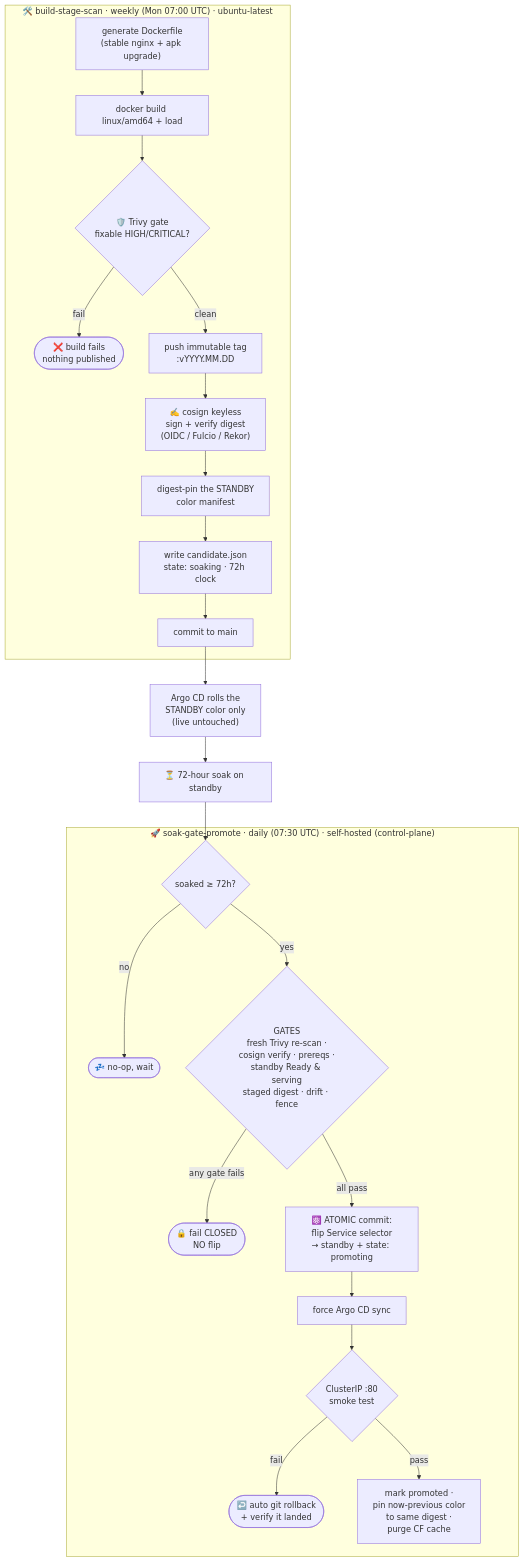
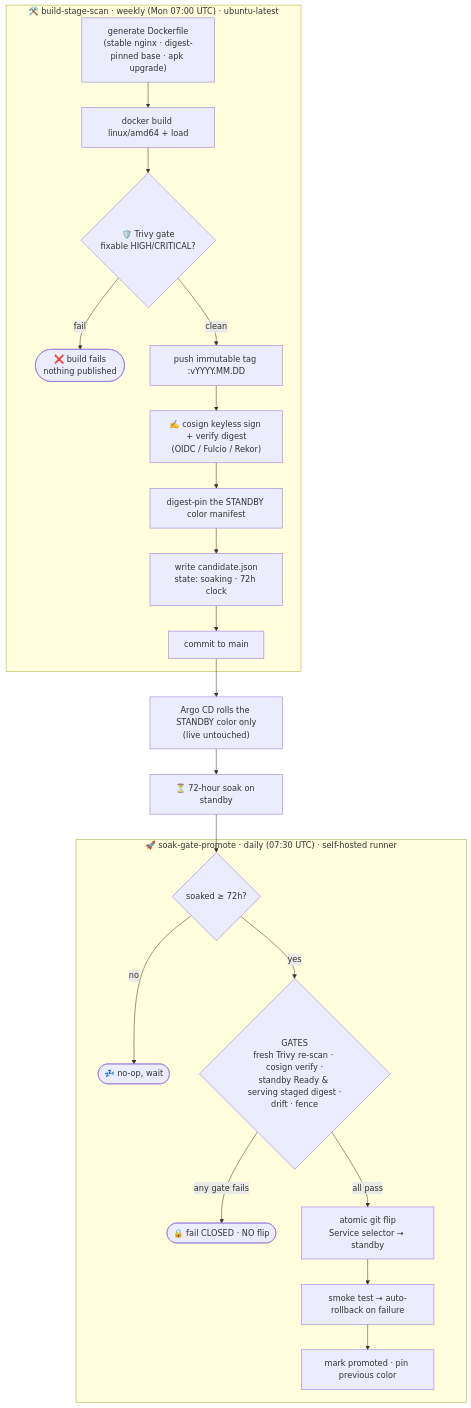
The diagram in README.md (gregheffner/cicd), drawn with Mermaid before and after one commit. The commit also changed other lines of this file and 1 other file, not shown here.

````diff
--- a/README.md
+++ b/README.md
@@ -83,30 +86,25 @@
 ```mermaid
 flowchart TD
     subgraph WEEKLY["🛠️ build-stage-scan · weekly (Mon 07:00 UTC) · ubuntu-latest"]
-        A["generate Dockerfile<br/>(stable nginx + apk upgrade)"] --> B["docker build linux/amd64 + load"]
+        A["generate Dockerfile<br/>(stable nginx · digest-pinned base · apk upgrade)"] --> B["docker build linux/amd64 + load"]
         B --> C{"🛡️ Trivy gate<br/>fixable HIGH/CRITICAL?"}
         C -- fail --> CX(["❌ build fails<br/>nothing published"])
-        C -- clean --> D["push immutable tag<br/>:vYYYY.MM.DD"]
-        D --> E["✍️ cosign keyless<br/>sign + verify digest<br/>(OIDC / Fulcio / Rekor)"]
-        E --> F["digest-pin the STANDBY<br/>color manifest"]
+        C -- clean --> D["push immutable tag :vYYYY.MM.DD"]
+        D --> E["✍️ cosign keyless sign + verify digest<br/>(OIDC / Fulcio / Rekor)"]
+        E --> F["digest-pin the STANDBY color manifest"]
         F --> G["write candidate.json<br/>state: soaking · 72h clock"]
         G --> H["commit to main"]
     end
-
-    H --> I["Argo CD rolls the<br/>STANDBY color only<br/>(live untouched)"]
+    H --> I["Argo CD rolls the STANDBY color only<br/>(live untouched)"]
     I --> SOAK["⏳ 72-hour soak on standby"]
-
     SOAK --> J
-
-    subgraph DAILY["🚀 soak-gate-promote · daily (07:30 UTC) · self-hosted (control-plane)"]
+    subgraph DAILY["🚀 soak-gate-promote · daily (07:30 UTC) · self-hosted runner"]
         J{"soaked ≥ 72h?"}
         J -- no --> JX(["💤 no-op, wait"])
-        J -- yes --> K{"GATES<br/>fresh Trivy re-scan ·<br/>cosign verify · prereqs ·<br/>standby Ready & serving<br/>staged digest · drift · fence"}
-        K -- any gate fails --> KX(["🔒 fail CLOSED<br/>NO flip"])
-        K -- all pass --> L["⚛️ ATOMIC commit:<br/>flip Service selector<br/>→ standby + state: promoting"]
-        L --> M["force Argo CD sync"]
-        M --> N{"ClusterIP :80<br/>smoke test"}
-        N -- fail --> O(["↩️ auto git rollback<br/>+ verify it landed"])
-        N -- pass --> P["mark promoted ·<br/>pin now-previous color<br/>to same digest ·<br/>purge CF cache"]
+        J -- yes --> K{"GATES<br/>fresh Trivy re-scan · cosign verify ·<br/>standby Ready & serving staged digest ·<br/>drift · fence"}
+        K -- any gate fails --> KX(["🔒 fail CLOSED · NO flip"])
+        K -- all pass --> L["atomic git flip<br/>Service selector → standby"]
+        L --> M["smoke test → auto-rollback on failure"]
+        M --> N["mark promoted · pin previous color"]
     end
 ```
````
